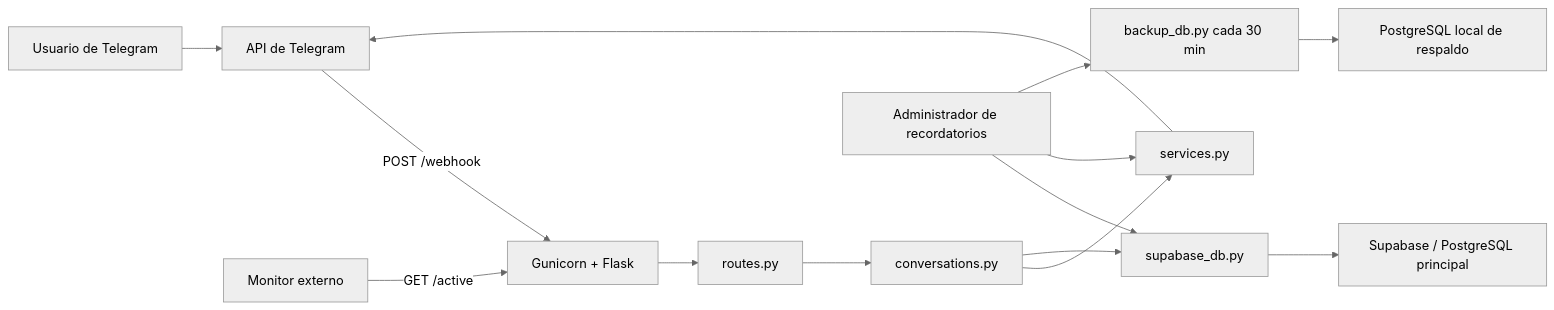
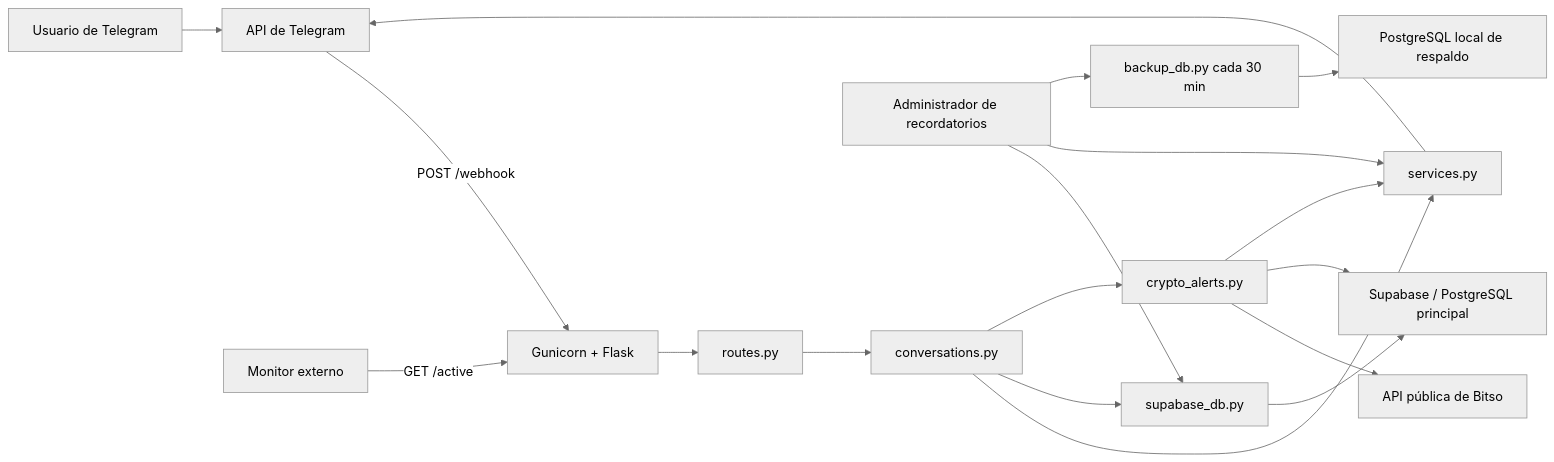
Before and after one commit to AndySiul26/arv_reminder: the diagram in README.md, drawn with Mermaid (neutral theme). The commit also changed other lines of this file and 10 other files, not shown here.

Commit message:
feat: add premium Bitso crypto price alerts

````diff
--- a/README.md
+++ b/README.md
@@ -58,16 +61,20 @@
 ```mermaid
 flowchart LR
     U["Usuario de Telegram"] --> T["API de Telegram"]
     T -->|"POST /webhook"| G["Gunicorn + Flask"]
     G --> R["routes.py"]
     R --> C["conversations.py"]
     C --> S["services.py"]
     S --> T
     C --> D["supabase_db.py"]
+    C --> CA["crypto_alerts.py"]
+    CA --> BA["API pública de Bitso"]
+    CA --> SB
+    CA --> S
     A["Administrador de recordatorios"] --> D
     A --> S
     D --> SB["Supabase / PostgreSQL principal"]
     A --> B["backup_db.py cada 30 min"]
     B --> PG["PostgreSQL local de respaldo"]
     M["Monitor externo"] -->|"GET /active"| G
 ```
````
